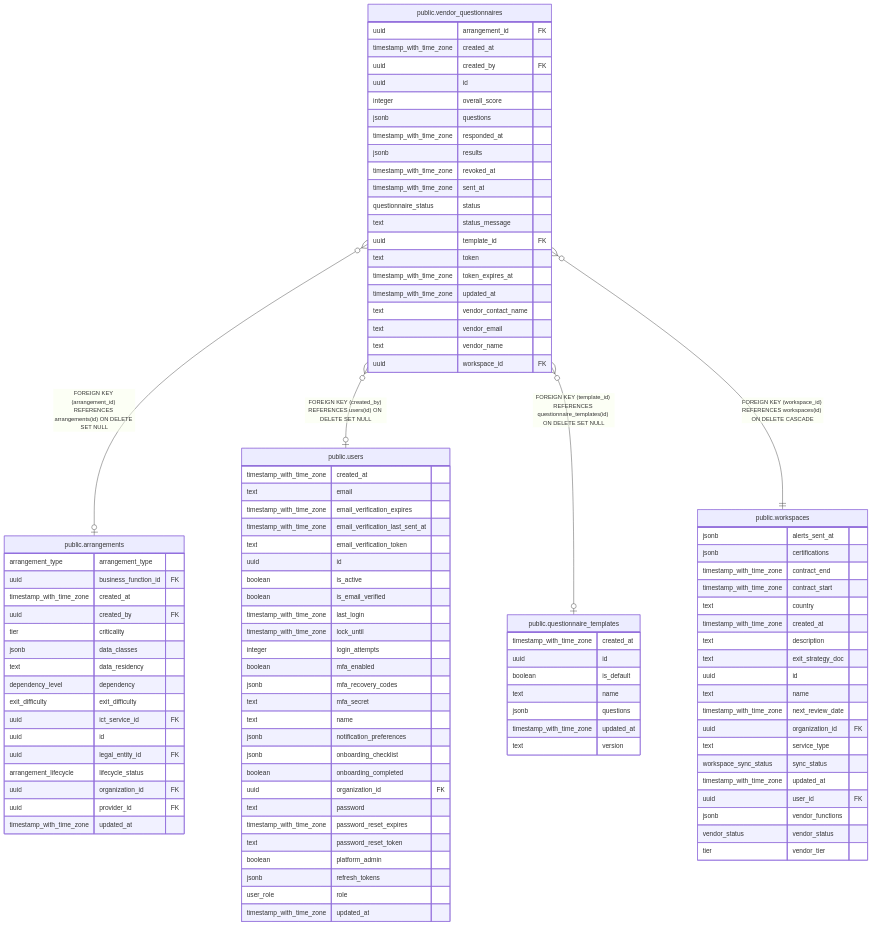
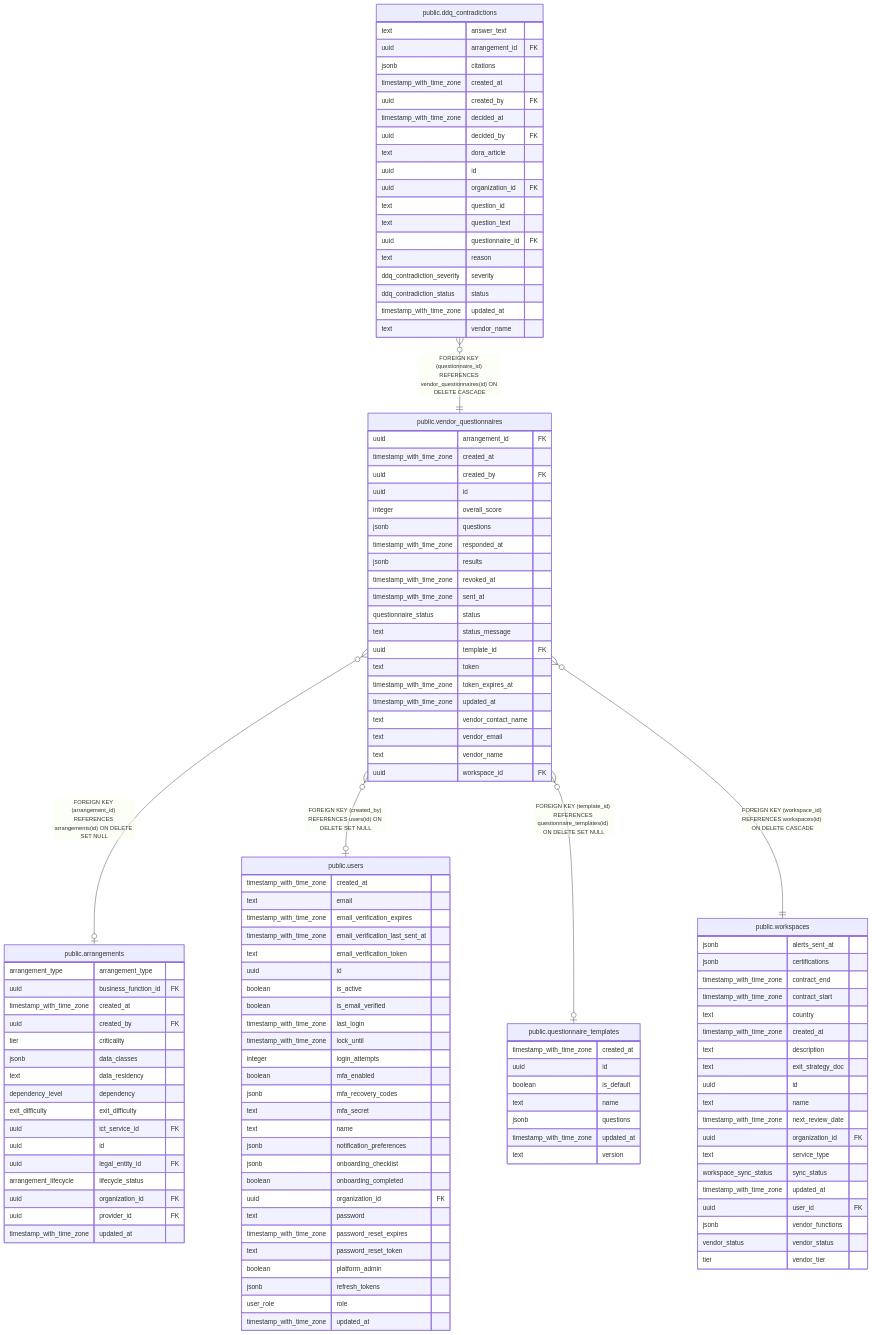
Before and after one commit to andrelair-platform/retrieva-backend: the diagram in docs/data-model/public.vendor_questionnaires.md, drawn with Mermaid. The commit also changed other lines of this file and 28 other files, not shown here.

```diff
--- a/docs/data-model/public.vendor_questionnaires.md
+++ b/docs/data-model/public.vendor_questionnaires.md
@@ -51,6 +51,7 @@
 
 "public.vendor_questionnaires" }o--o| "public.arrangements" : "FOREIGN KEY (arrangement_id) REFERENCES arrangements(id) ON DELETE SET NULL"
 "public.vendor_questionnaires" }o--o| "public.users" : "FOREIGN KEY (created_by) REFERENCES users(id) ON DELETE SET NULL"
+"public.ddq_contradictions" }o--|| "public.vendor_questionnaires" : "FOREIGN KEY (questionnaire_id) REFERENCES vendor_questionnaires(id) ON DELETE CASCADE"
 "public.vendor_questionnaires" }o--o| "public.questionnaire_templates" : "FOREIGN KEY (template_id) REFERENCES questionnaire_templates(id) ON DELETE SET NULL"
 "public.vendor_questionnaires" }o--|| "public.workspaces" : "FOREIGN KEY (workspace_id) REFERENCES workspaces(id) ON DELETE CASCADE"
 
@@ -122,6 +123,26 @@
   user_role role
   timestamp_with_time_zone updated_at
 }
+"public.ddq_contradictions" {
+  text answer_text
+  uuid arrangement_id FK
+  jsonb citations
+  timestamp_with_time_zone created_at
+  uuid created_by FK
+  timestamp_with_time_zone decided_at
+  uuid decided_by FK
+  text dora_article
+  uuid id
+  uuid organization_id FK
+  text question_id
+  text question_text
+  uuid questionnaire_id FK
+  text reason
+  ddq_contradiction_severity severity
+  ddq_contradiction_status status
+  timestamp_with_time_zone updated_at
+  text vendor_name
+}
 "public.questionnaire_templates" {
   timestamp_with_time_zone created_at
   uuid id
```
